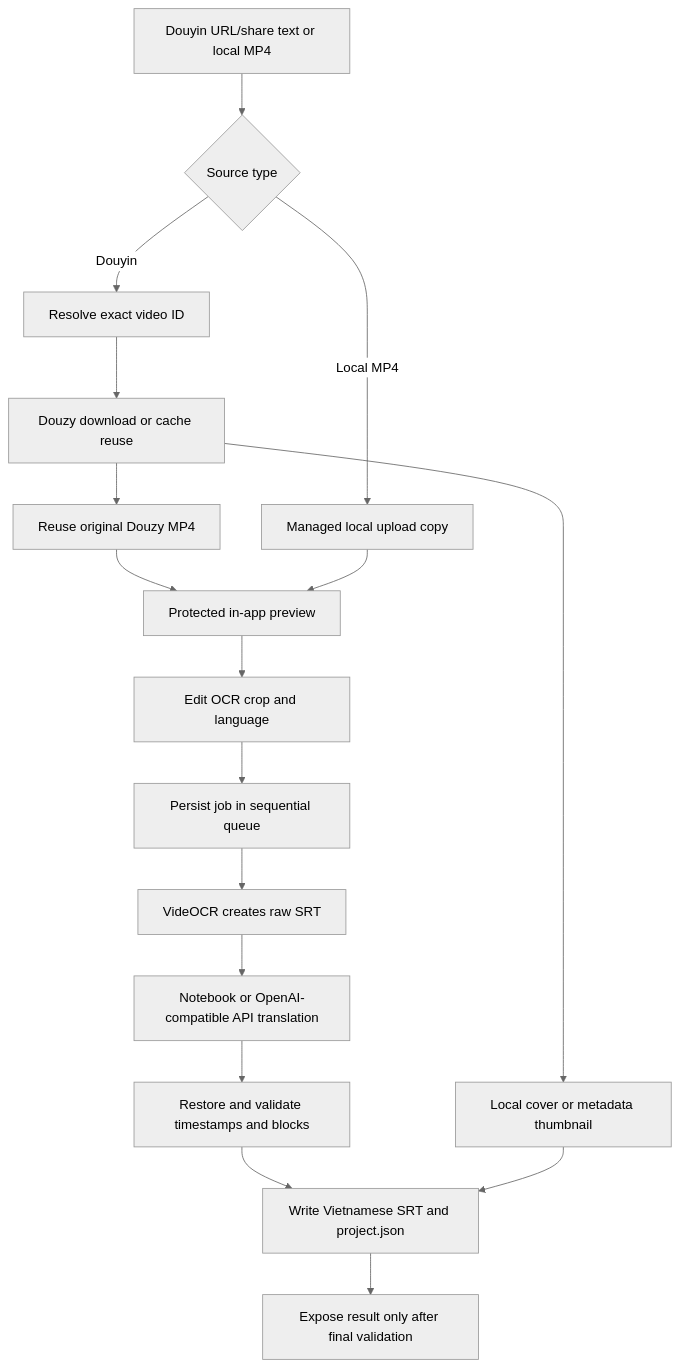
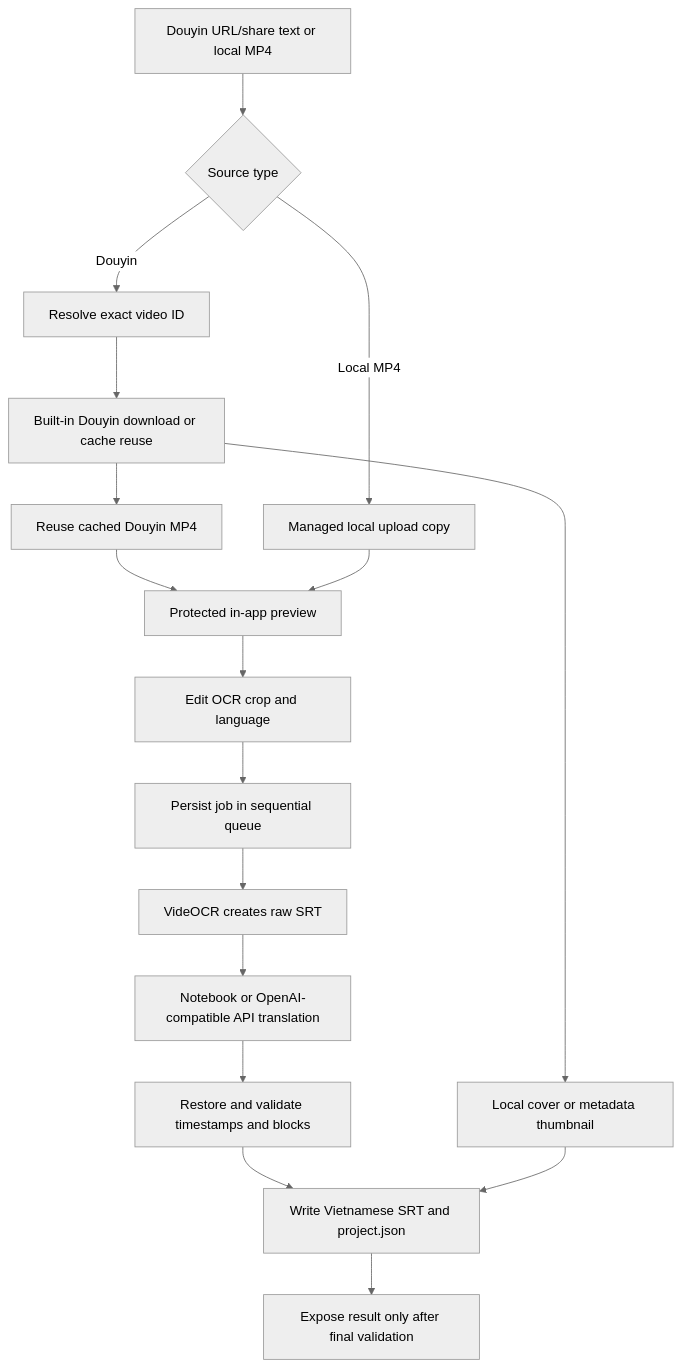
One commit to qvinh8726/VietSub-Studio changed the first of 2 diagrams in README.md. Above: the diagram before and after it, drawn with Mermaid (neutral theme). The commit also changed other lines of this file and 26 other files, not shown here.

First line of the commit message:
Replace Douzy with built-in Douyin downloader and extract vietsub package

````diff
--- a/README.md
+++ b/README.md
@@ -352,19 +340,19 @@
 ```mermaid
 flowchart TD
     A[Douyin URL/share text or local MP4] --> B{Source type}
     B -->|Douyin| C[Resolve exact video ID]
-    C --> D[Douzy download or cache reuse]
-    D --> E[Reuse original Douzy MP4]
+    C --> D[Built-in Douyin download or cache reuse]
+    D --> E[Reuse cached Douyin MP4]
     D --> T[Local cover or metadata thumbnail]
     B -->|Local MP4| F[Managed local upload copy]
     E --> G[Protected in-app preview]
     F --> G
     G --> H[Edit OCR crop and language]
     H --> I[Persist job in sequential queue]
     I --> J[VideOCR creates raw SRT]
     J --> K[Notebook or OpenAI-compatible API translation]
     K --> L[Restore and validate timestamps and blocks]
     L --> M[Write Vietnamese SRT and project.json]
     T --> M
     M --> N[Expose result only after final validation]
 ```
````
